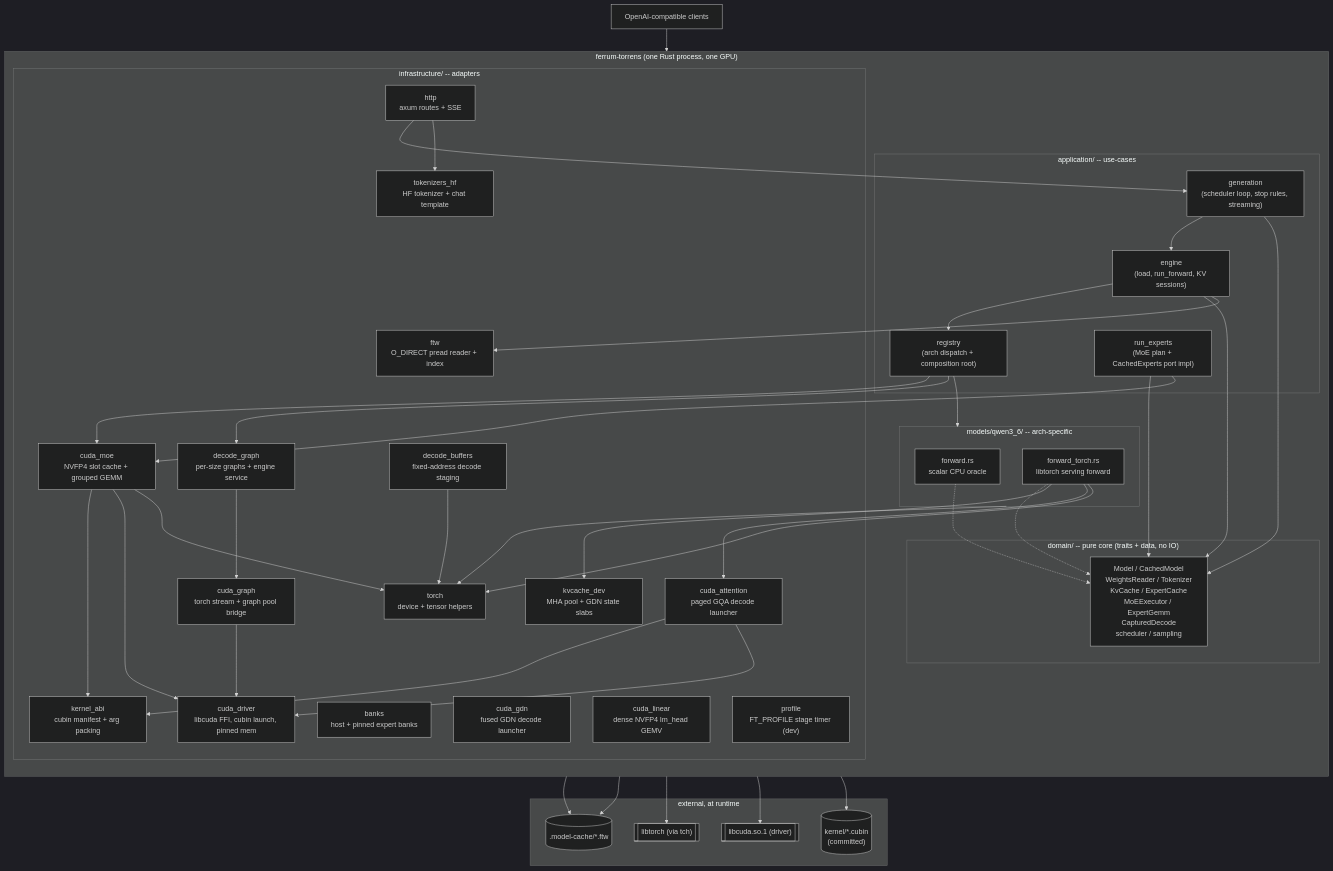
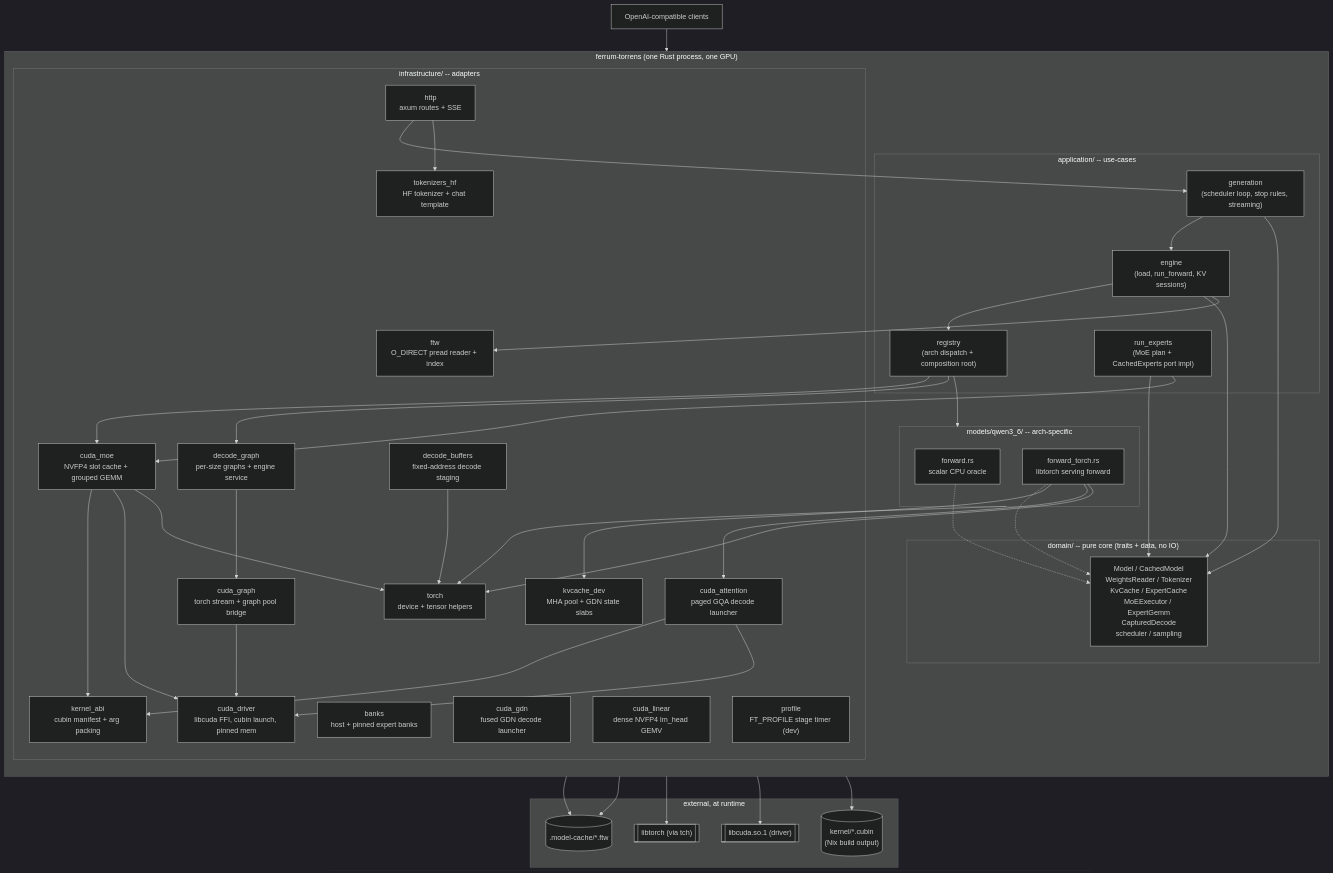
One commit to butzist/ferrum-torrens changed the first of 17 diagrams in ARCHITECTURE.md. Above: the diagram before and after it, drawn with Mermaid (dark theme). The commit also changed other lines of this file and 49 other files, not shown here.

Commit message:
build(kernels): build the AOT cubins in nix instead of committing them

````diff
--- a/ARCHITECTURE.md
+++ b/ARCHITECTURE.md
@@ -49,77 +49,77 @@
 ```mermaid
 flowchart TB
   Client["OpenAI-compatible clients"]
 
   subgraph Proc["ferrum-torrens (one Rust process, one GPU)"]
     direction TB
     subgraph App["application/ -- use-cases"]
       Registry["registry\n(arch dispatch + composition root)"]
       Engine["engine\n(load, run_forward, KV sessions)"]
       Gen["generation\n(scheduler loop, stop rules, streaming)"]
       RunExp["run_experts\n(MoE plan + CachedExperts port impl)"]
     end
 
     subgraph Core["domain/ -- pure core (traits + data, no IO)"]
       Ports["Model / CachedModel\nWeightsReader / Tokenizer\nKvCache / ExpertCache\nMoEExecutor / ExpertGemm\nCapturedDecode\nscheduler / sampling"]
     end
 
     subgraph Models["models/qwen3_6/ -- arch-specific"]
       Scalar["forward.rs\nscalar CPU oracle"]
       Torch["forward_torch.rs\nlibtorch serving forward"]
     end
 
     subgraph Infra["infrastructure/ -- adapters"]
       Ftw["ftw\nO_DIRECT pread reader + index"]
       Banks["banks\nhost + pinned expert banks"]
       TorchRt["torch\ndevice + tensor helpers"]
       CudaDrv["cuda_driver\nlibcuda FFI, cubin launch, pinned mem"]
       CudaMoe["cuda_moe\nNVFP4 slot cache + grouped GEMM"]
       CudaAttn["cuda_attention\npaged GQA decode launcher"]
       CudaGdn["cuda_gdn\nfused GDN decode launcher"]
       CudaLin["cuda_linear\ndense NVFP4 lm_head GEMV"]
       Abi["kernel_abi\ncubin manifest + arg packing"]
       Graph["cuda_graph\ntorch stream + graph pool bridge"]
       KvcDev["kvcache_dev\nMHA pool + GDN state slabs"]
       DecBuf["decode_buffers\nfixed-address decode staging"]
       DecGraph["decode_graph\nper-size graphs + engine service"]
       Prof["profile\nFT_PROFILE stage timer (dev)"]
       Http["http\naxum routes + SSE"]
       Toker["tokenizers_hf\nHF tokenizer + chat template"]
     end
   end
 
   subgraph Ext["external, at runtime"]
     FTW[(".model-cache/*.ftw")]
     LibTorch[["libtorch (via tch)"]]
     LibCuda[["libcuda.so.1 (driver)"]]
-    Cubins[("kernel/*.cubin\n(committed)")]
+    Cubins[("kernel/*.cubin\n(Nix build output)")]
   end
 
   Client --> Http
   Http --> Gen --> Engine
   Engine --> Registry
   Engine --> Ports
   Gen --> Ports
   Registry --> Models
   Registry --> CudaMoe
   Registry --> DecGraph
   Scalar -.-> Ports
   Torch -.-> Ports
   Models --> TorchRt
   Engine --> Ftw --> FTW
   Banks --> FTW
   RunExp --> Ports
   RunExp --> CudaMoe
   CudaMoe --> Abi --> Cubins
   CudaMoe --> CudaDrv --> LibCuda
   CudaMoe --> TorchRt
   CudaAttn --> Abi
   CudaAttn --> CudaDrv
   Graph --> CudaDrv
   DecGraph --> Graph
   DecBuf --> TorchRt
   Torch --> KvcDev
   Torch --> CudaAttn
   Torch --> TorchRt --> LibTorch
   Http --> Toker
 ```
````
